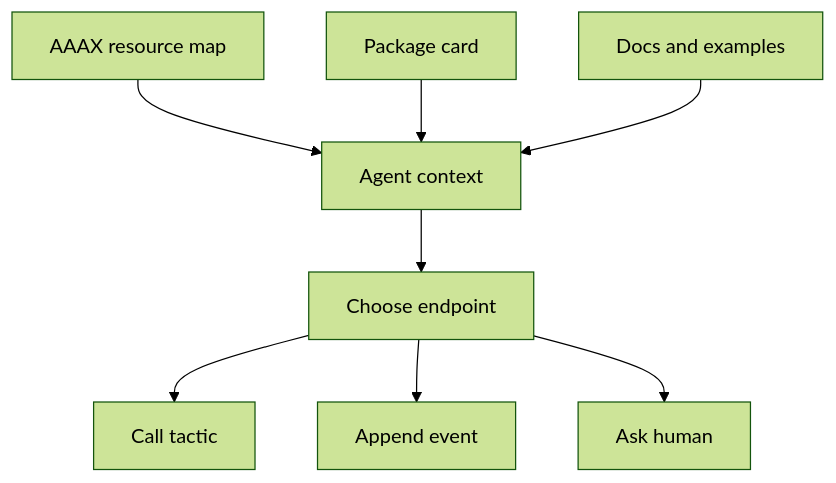
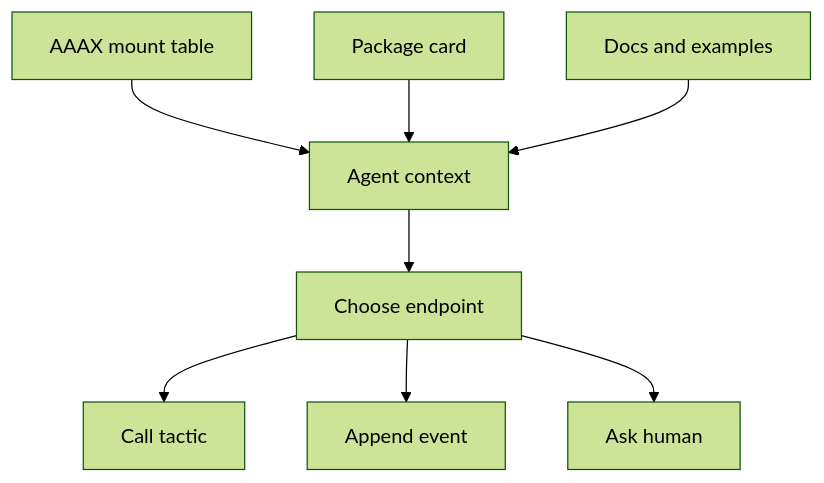
The diagram in docs/launch/agent-handoff.md (Productive-Superintelligence/aaax), drawn with Mermaid (forest theme) before and after one commit. The commit also changed other lines of this file and 22 other files, not shown here.

````diff
--- a/docs/launch/agent-handoff.md
+++ b/docs/launch/agent-handoff.md
@@ -39,10 +39,10 @@
 ```mermaid
 flowchart TD
-  A["AAAX resource map"] --> D["Agent context"]
+  A["AAAX mount table"] --> D["Agent context"]
   B["Package card"] --> D
   C["Docs and examples"] --> D
   D --> E["Choose endpoint"]
   E --> F["Call tactic"]
   E --> G["Append event"]
   E --> H["Ask human"]
 ```
````
